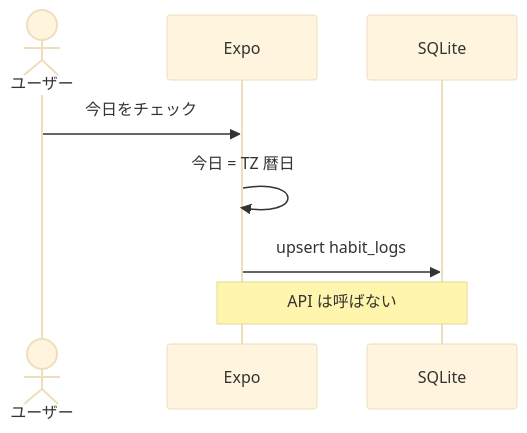
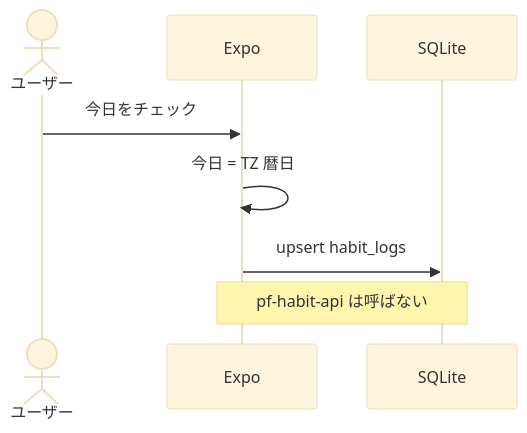
One commit to maeplego/portfolio-plan changed the third of 4 diagrams in portfolio-plan/habit-tracker/docs/06-diagrams.md. Above: the diagram before and after it, drawn with Mermaid (base theme). The commit also changed other lines of this file and 111 other files, not shown here.

````diff
--- a/portfolio-plan/habit-tracker/docs/06-diagrams.md
+++ b/portfolio-plan/habit-tracker/docs/06-diagrams.md
@@ -36,10 +39,10 @@
 ```mermaid
 sequenceDiagram
   actor U as ユーザー
   participant UI as Expo
   participant DB as SQLite
   U->>UI: 今日をチェック
   UI->>UI: 今日 = TZ 暦日
   UI->>DB: upsert habit_logs
-  Note over UI,DB: API は呼ばない
+  Note over UI,DB: pf-habit-api は呼ばない
 ```
````
